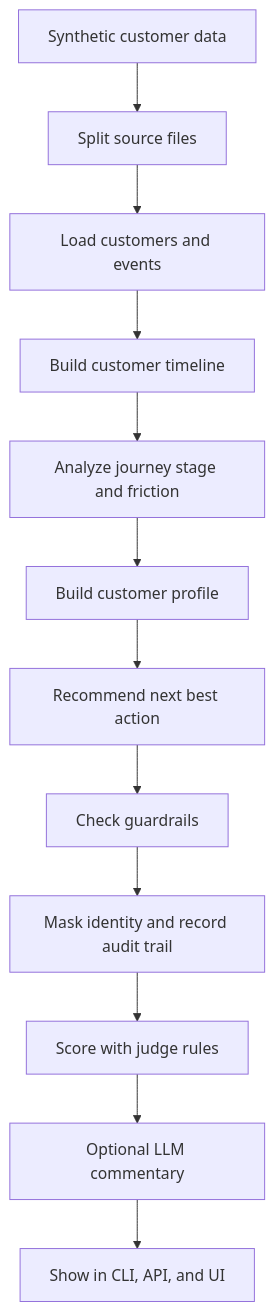
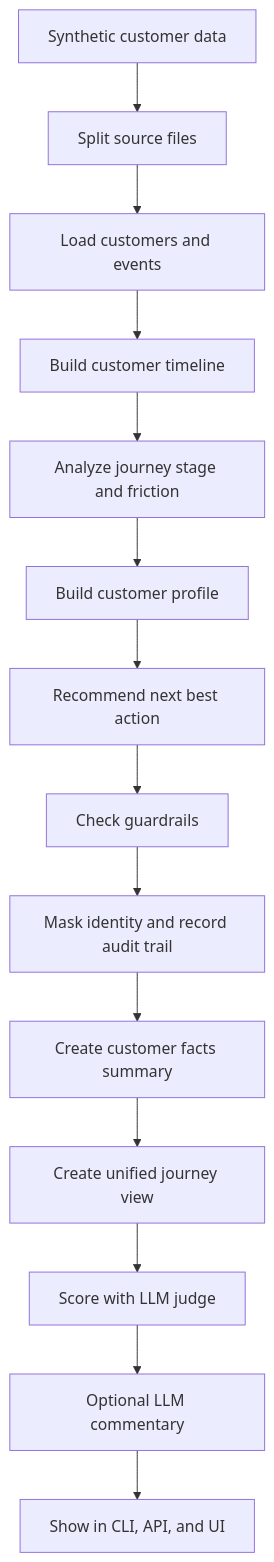
The diagram in Token_busters/explanation/PIPELINE.md (DhruvAgg05/Token_Busters_Capstone), drawn with Mermaid before and after one commit. The commit also changed other lines of this file and 26 other files, not shown here.

````diff
--- a/Token_busters/explanation/PIPELINE.md
+++ b/Token_busters/explanation/PIPELINE.md
@@ -8,14 +8,16 @@
 ```mermaid
 flowchart TD
   A["Synthetic customer data"] --> B["Split source files"]
   B --> C["Load customers and events"]
   C --> D["Build customer timeline"]
   D --> E["Analyze journey stage and friction"]
   E --> F["Build customer profile"]
   F --> G["Recommend next best action"]
   G --> H["Check guardrails"]
   H --> I["Mask identity and record audit trail"]
-  I --> J["Score with judge rules"]
-  J --> K["Optional LLM commentary"]
-  K --> L["Show in CLI, API, and UI"]
+  I --> J["Create customer facts summary"]
+  J --> K["Create unified journey view"]
+  K --> L["Score with LLM judge"]
+  L --> M["Optional LLM commentary"]
+  M --> N["Show in CLI, API, and UI"]
 ```
````
